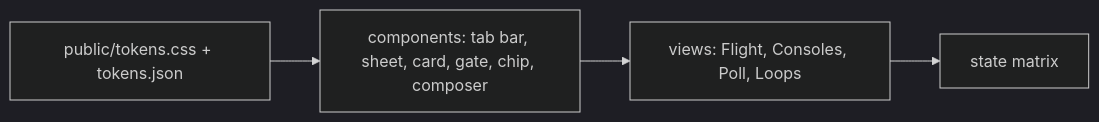
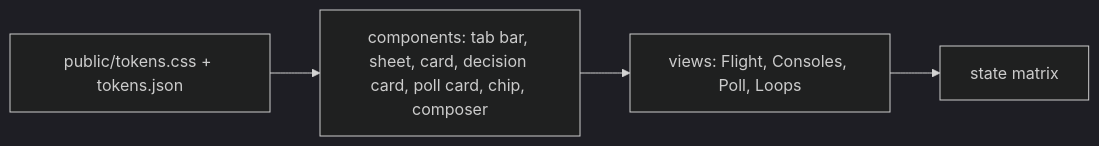
One commit to sultanassi95/mission-control changed the diagram in tools/app/DESIGN.md. Above: the diagram before and after it, drawn with Mermaid (dark theme). The commit also changed other lines of this file and 23 other files, not shown here.

First line of the commit message:
feat(mc-125): ask each Controller decision as its own question, and make the Poll a read-only view

````diff
--- a/tools/app/DESIGN.md
+++ b/tools/app/DESIGN.md
@@ -3,6 +3,6 @@
 ```mermaid
 flowchart LR
-  T[public/tokens.css + tokens.json] --> C[components: tab bar, sheet, card, gate, chip, composer]
+  T[public/tokens.css + tokens.json] --> C[components: tab bar, sheet, card, decision card, poll card, chip, composer]
   C --> V[views: Flight, Consoles, Poll, Loops]
   V --> S[state matrix]
 ```
````
